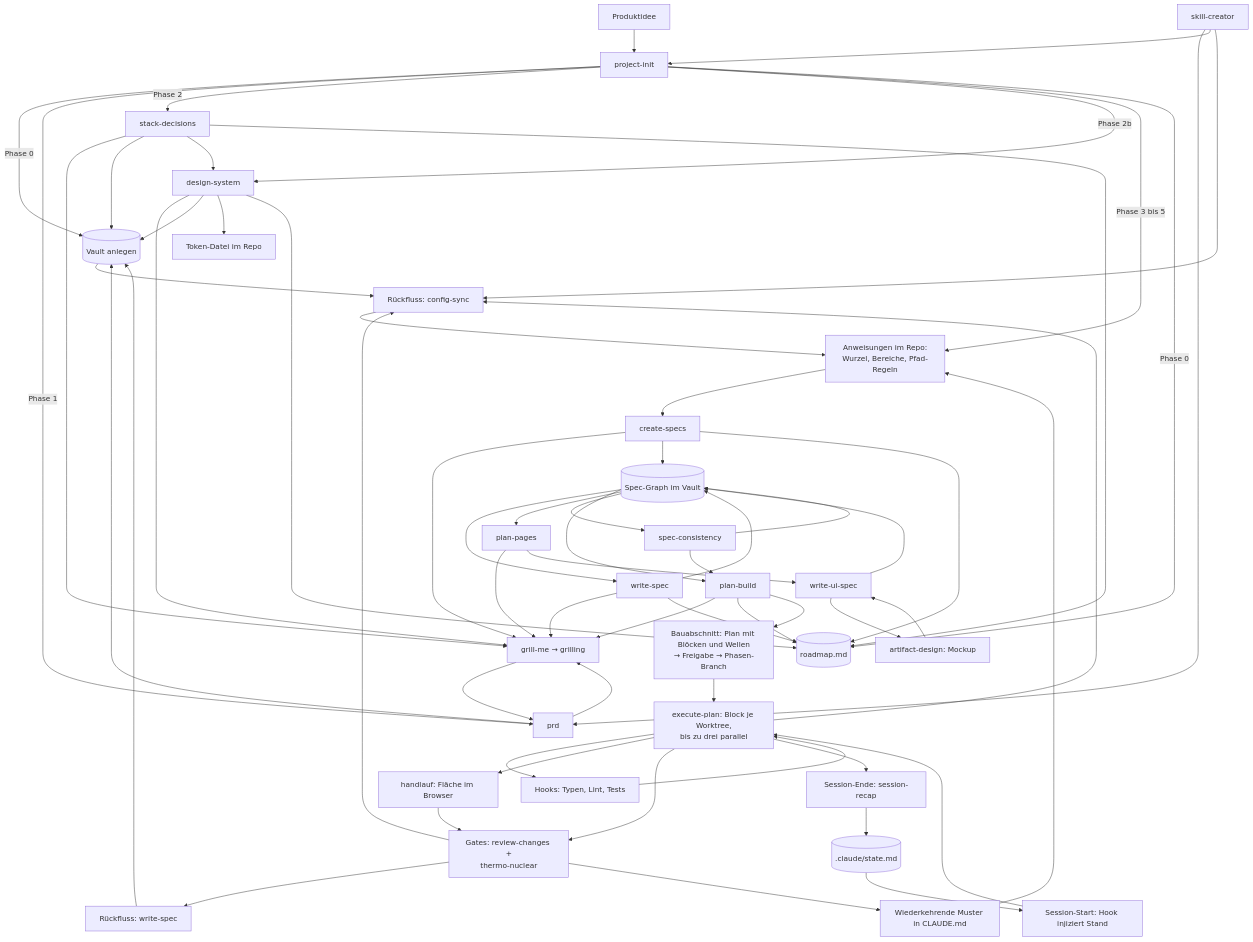
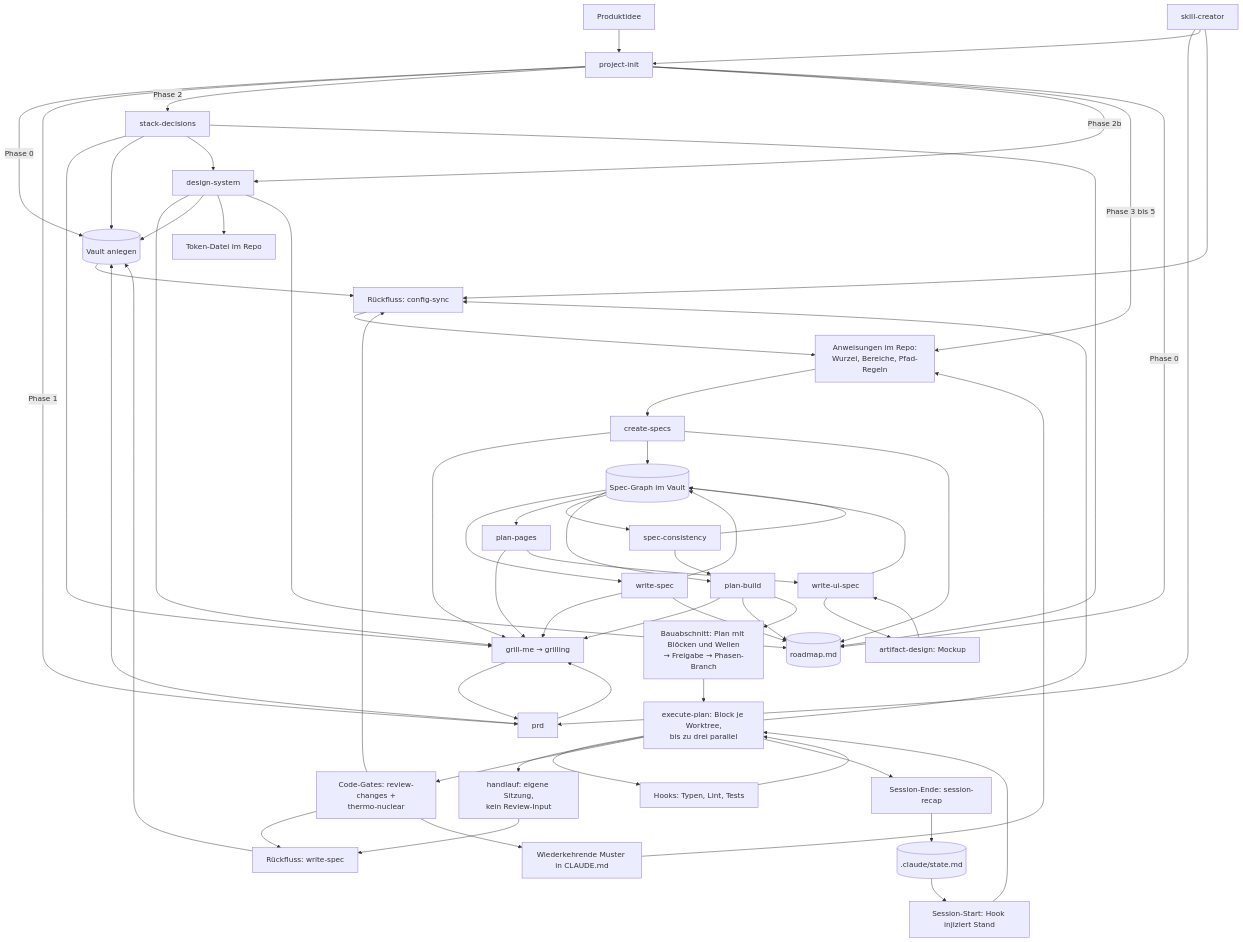
Before and after one commit to mxrius1706/Ai-Coding-Framework: the diagram in LOOP.md, drawn with Mermaid. The commit also changed other lines of this file and 4 other files, not shown here.

````diff
--- a/LOOP.md
+++ b/LOOP.md
@@ -25,67 +25,67 @@
 ```mermaid
 flowchart TD
     A[Produktidee] --> E[project-init]
     E -->|Phase 0| D[(Vault anlegen)]
     E -->|Phase 1| B[prd]
     B --> C[grill-me → grilling]
     C --> B
     B --> D
     E -->|Phase 2| S[stack-decisions]
     S --> C
     S --> D
     E -->|Phase 2b| DS[design-system]
     S --> DS
     DS --> C
     DS --> D
     DS --> TK[Token-Datei im Repo]
     E -->|Phase 3 bis 5| F[Anweisungen im Repo:<br/>Wurzel, Bereiche, Pfad-Regeln]
 
     F --> CS[create-specs]
     CS --> C
     CS --> SP[(Spec-Graph im Vault)]
     SP --> WS[write-spec]
     WS --> C
     WS --> SP
     SP --> PP[plan-pages]
     PP --> C
     PP --> UI[write-ui-spec]
     UI --> AD[artifact-design: Mockup]
     AD --> UI
     UI --> SP
     SP --> SC[spec-consistency]
     SC --> SP
     SC --> PB[plan-build]
     SP --> PB
     PB --> C
     PB --> RM
     PB --> G[Bauabschnitt: Plan mit Blöcken und Wellen<br/>→ Freigabe → Phasen-Branch]
     G --> H[execute-plan: Block je Worktree,<br/>bis zu drei parallel]
     H --> I[Hooks: Typen, Lint, Tests]
     I --> H
-    H --> HL[handlauf: Fläche im Browser]
-    HL --> J[Gates: review-changes +<br/>thermo-nuclear]
-    H --> J
+    H --> HL[handlauf: eigene Sitzung,<br/>kein Review-Input]
+    H --> J[Code-Gates: review-changes +<br/>thermo-nuclear]
+    HL --> K
     J --> K[Rückfluss: write-spec]
     K --> D
     J --> L[Wiederkehrende Muster in CLAUDE.md]
     L --> F
 
     J --> M[Rückfluss: config-sync]
     M --> F
     H --> M
     D --> M
 
     N[Session-Ende: session-recap] --> O[(.claude/state.md)]
     E -->|Phase 0| RM[(roadmap.md)]
     S --> RM
     DS --> RM
     CS --> RM
     WS --> RM
     O --> P[Session-Start: Hook injiziert Stand]
     P --> H
     H --> N
 
     Q[skill-creator] --> B
     Q --> E
     Q --> M
 ```
````
